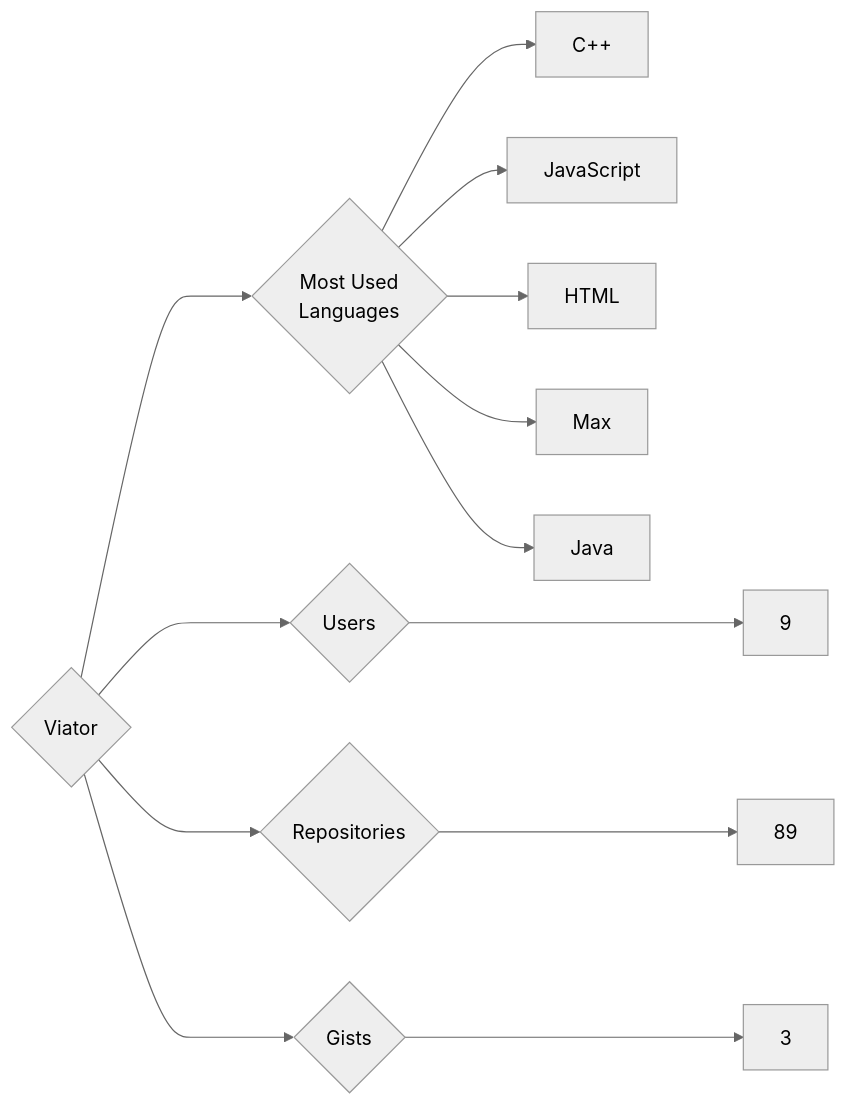
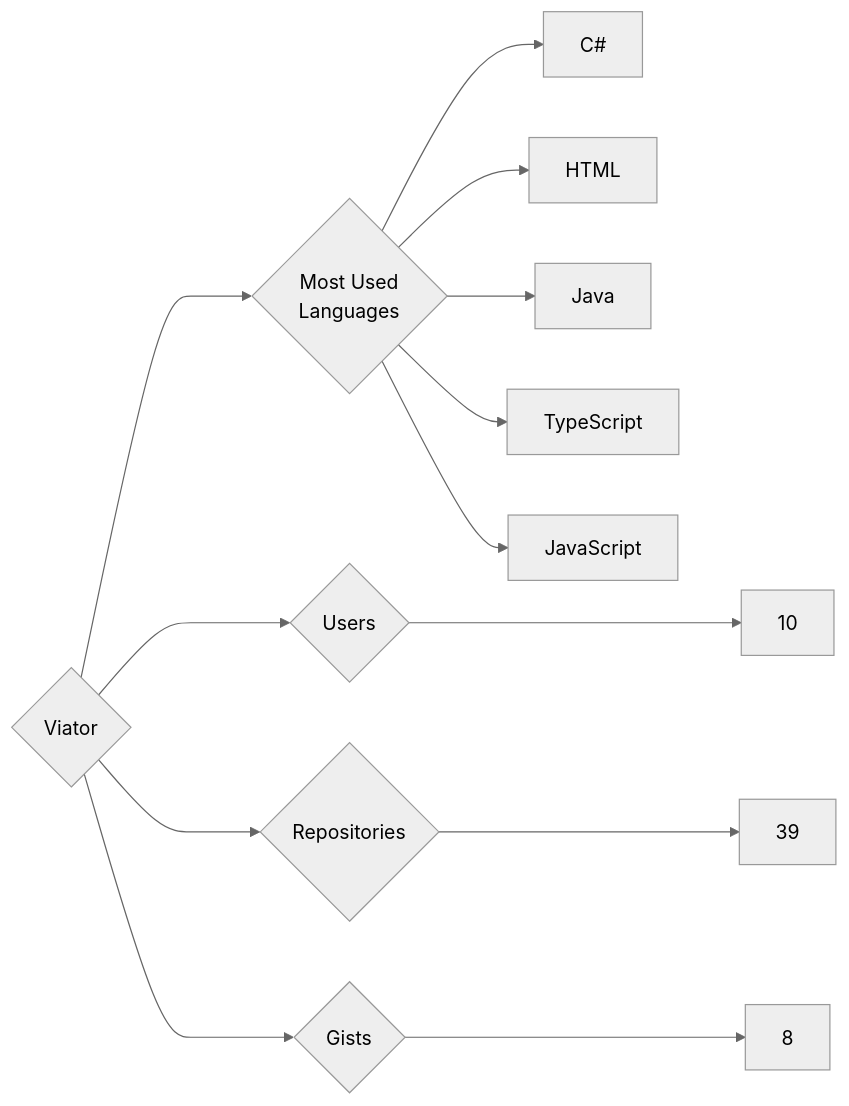
Before and after one commit to trickest/insiders: the diagram in targets/Viator/README.md, drawn with Mermaid (neutral theme). The commit also changed 972 other files, not shown here.

````diff
--- a/targets/Viator/README.md
+++ b/targets/Viator/README.md
@@ -3,13 +3,13 @@
 ```mermaid
 graph LR
 COMPANY_NAME{Viator}
-COMPANY_NAME ---> U{Users} ---> UN[9]
-COMPANY_NAME ---> R{Repositories} ---> RN[89]
-COMPANY_NAME ---> G{Gists} ---> GN[3]
+COMPANY_NAME ---> U{Users} ---> UN[10]
+COMPANY_NAME ---> R{Repositories} ---> RN[39]
+COMPANY_NAME ---> G{Gists} ---> GN[8]
 COMPANY_NAME ---> ML{Most Used<br>Languages}
-ML --> C++[C++]
+ML --> C#[C#]
+ML --> HTML[HTML]
+ML --> Java[Java]
+ML --> TypeScript[TypeScript]
 ML --> JavaScript[JavaScript]
-ML --> HTML[HTML]
-ML --> Max[Max]
-ML --> Java[Java]
 ```
````
